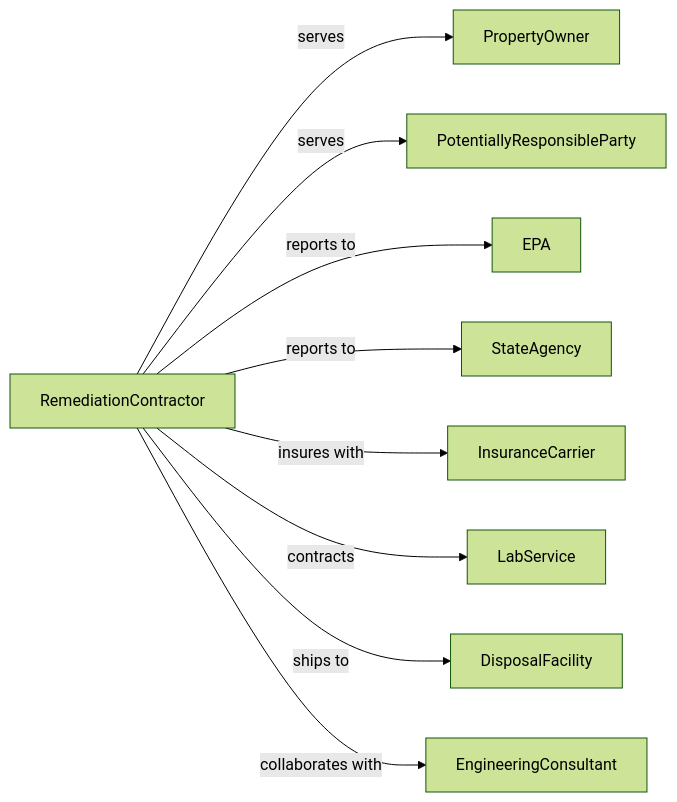
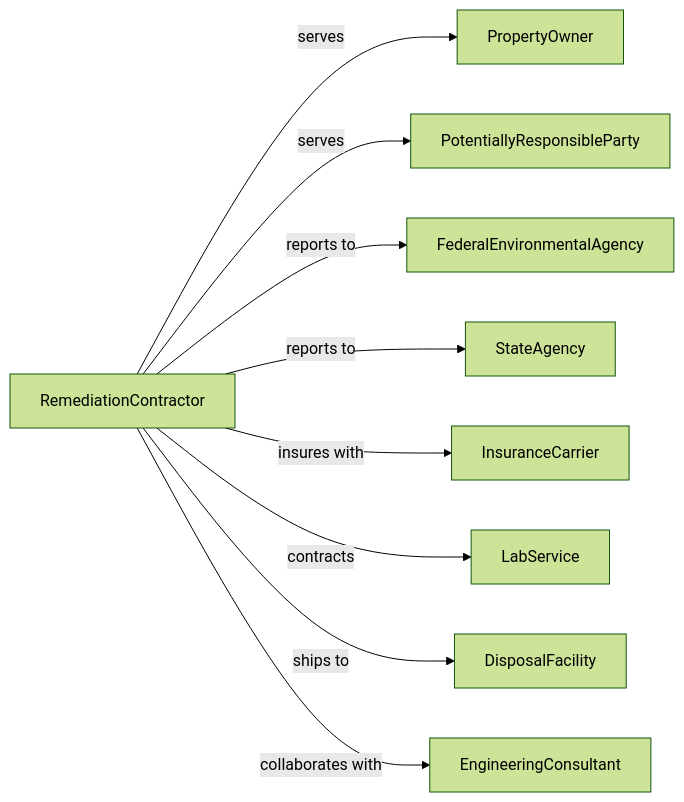
The second of 2 diagrams in Administrative/WasteManagementAndRemediationServices/RemediationAndOtherWasteManagementServices/RemediationServices.mdx (dot-org-ai/industries.org.ai), drawn with Mermaid (forest theme) before and after one commit. The commit also changed other lines of this file and 639 other files, not shown here.

````diff
--- a/Administrative/WasteManagementAndRemediationServices/RemediationAndOtherWasteManagementServices/RemediationServices.mdx
+++ b/Administrative/WasteManagementAndRemediationServices/RemediationAndOtherWasteManagementServices/RemediationServices.mdx
@@ -143,13 +143,13 @@
 ```mermaid
 graph LR
     R[RemediationContractor]
 
     R -->|serves| PropertyOwner
     R -->|serves| PotentiallyResponsibleParty
-    R -->|reports to| EPA
+    R -->|reports to| FederalEnvironmentalAgency
     R -->|reports to| StateAgency
     R -->|insures with| InsuranceCarrier
     R -->|contracts| LabService
     R -->|ships to| DisposalFacility
     R -->|collaborates with| EngineeringConsultant
 ```
````
